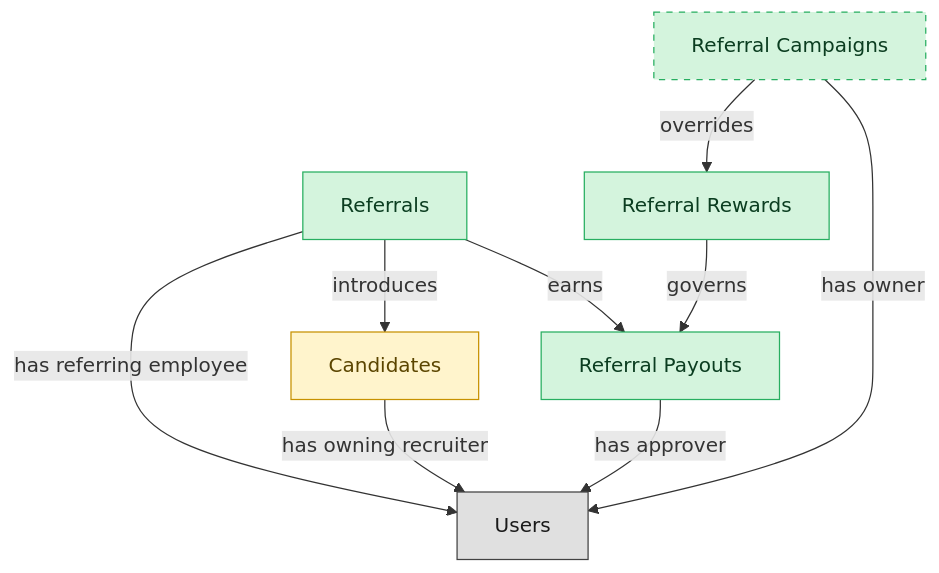
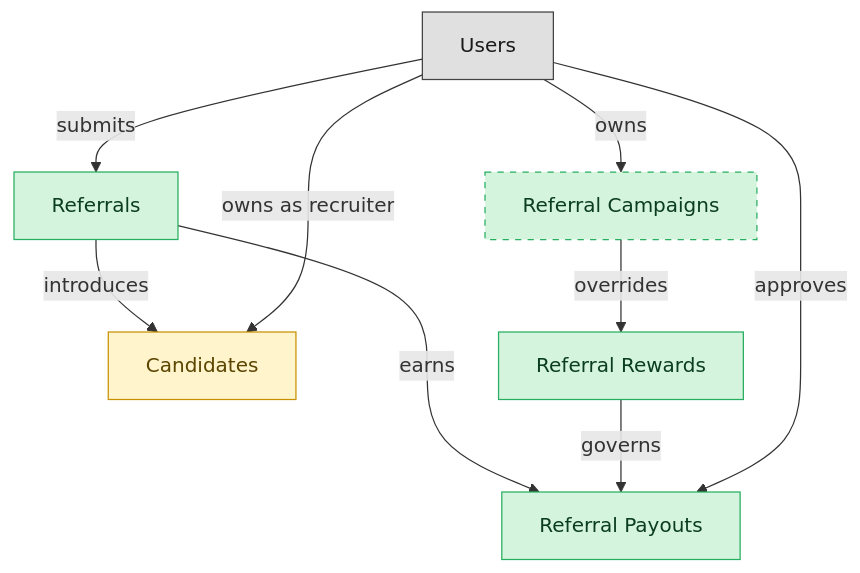
One commit to IntranetFactory/domain-map changed the diagram in catalog/blueprints/ats-referrals-semantic-blueprint.md. Above: the diagram before and after it, drawn with Mermaid. The commit also changed other lines of this file and 51 other files, not shown here.

````diff
--- a/catalog/blueprints/ats-referrals-semantic-blueprint.md
+++ b/catalog/blueprints/ats-referrals-semantic-blueprint.md
@@ -34,27 +34,27 @@
 ```mermaid
 flowchart TD
   classDef master fill:#d4f4dd,stroke:#27ae60,color:#0b3d20;
   classDef embedded_master fill:#fff4cc,stroke:#c79100,color:#5b4500;
   classDef platform_builtin fill:#e0e0e0,stroke:#424242,color:#1a1a1a;
   candidates["Candidates"]
   candidate_referrals["Referrals"]
   referral_rewards["Referral Rewards"]
   referral_payouts["Referral Payouts"]
   referral_campaigns["Referral Campaigns"]
   users["Users"]
   candidate_referrals -->|"introduces"| candidates
   candidate_referrals -->|"earns"| referral_payouts
   referral_rewards -->|"governs"| referral_payouts
   referral_campaigns -->|"overrides"| referral_rewards
-  candidate_referrals -->|"has referring employee"| users
-  candidates -->|"has owning recruiter"| users
-  referral_payouts -->|"has approver"| users
-  referral_campaigns -->|"has owner"| users
+  users -->|"submits"| candidate_referrals
+  users -->|"owns as recruiter"| candidates
+  users -->|"approves"| referral_payouts
+  users -->|"owns"| referral_campaigns
   class candidates embedded_master;
   class candidate_referrals master;
   class referral_rewards master;
   class referral_payouts master;
   class referral_campaigns master;
   class users platform_builtin;
   style referral_campaigns stroke-dasharray:5 5;
 ```
````
